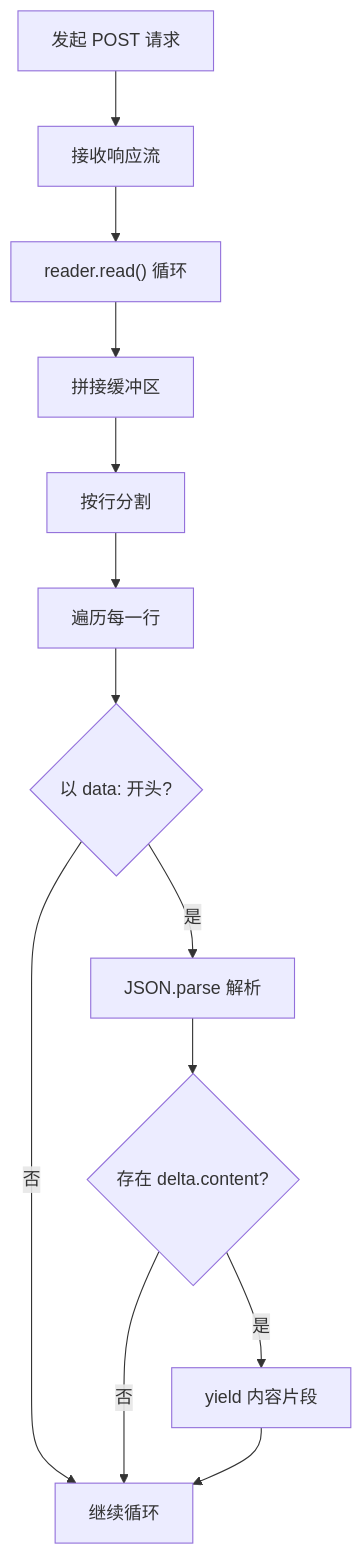
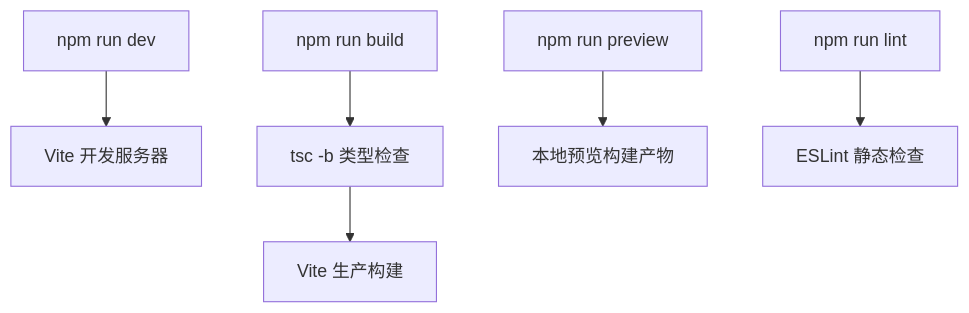
The sixth of 6 diagrams in .qoder/repowiki/zh/content/开发指南/开发指南.md (billye220670/AIShop), drawn with Mermaid before and after one commit. The commit also changed other lines of this file and 135 other files, not shown here.

````diff
--- a/.qoder/repowiki/zh/content/开发指南/开发指南.md
+++ b/.qoder/repowiki/zh/content/开发指南/开发指南.md
@@ -244,15 +213,8 @@
 ```mermaid
 flowchart TD
-Req["发起 POST 请求"] --> Resp["接收响应流"]
-Resp --> Read["reader.read() 循环"]
-Read --> Buffer["拼接缓冲区"]
-Buffer --> Split["按行分割"]
-Split --> ForEach["遍历每一行"]
-ForEach --> Valid{"以 data: 开头?"}
-Valid --> |否| Loop["继续循环"]
-Valid --> |是| Parse["JSON.parse 解析"]
-Parse --> HasDelta{"存在 delta.content?"}
-HasDelta --> |是| Yield["yield 内容片段"]
-HasDelta --> |否| Loop
-Yield --> Loop
+Dev["npm run dev"] --> Vite["Vite 开发服务器"]
+Build["npm run build"] --> TSC["tsc -b 类型检查"]
+TSC --> ViteBuild["Vite 生产构建"]
+Preview["npm run preview"] --> LocalPreview["本地预览构建产物"]
+Lint["npm run lint"] --> ESLint["ESLint 静态检查"]
 ```
````
